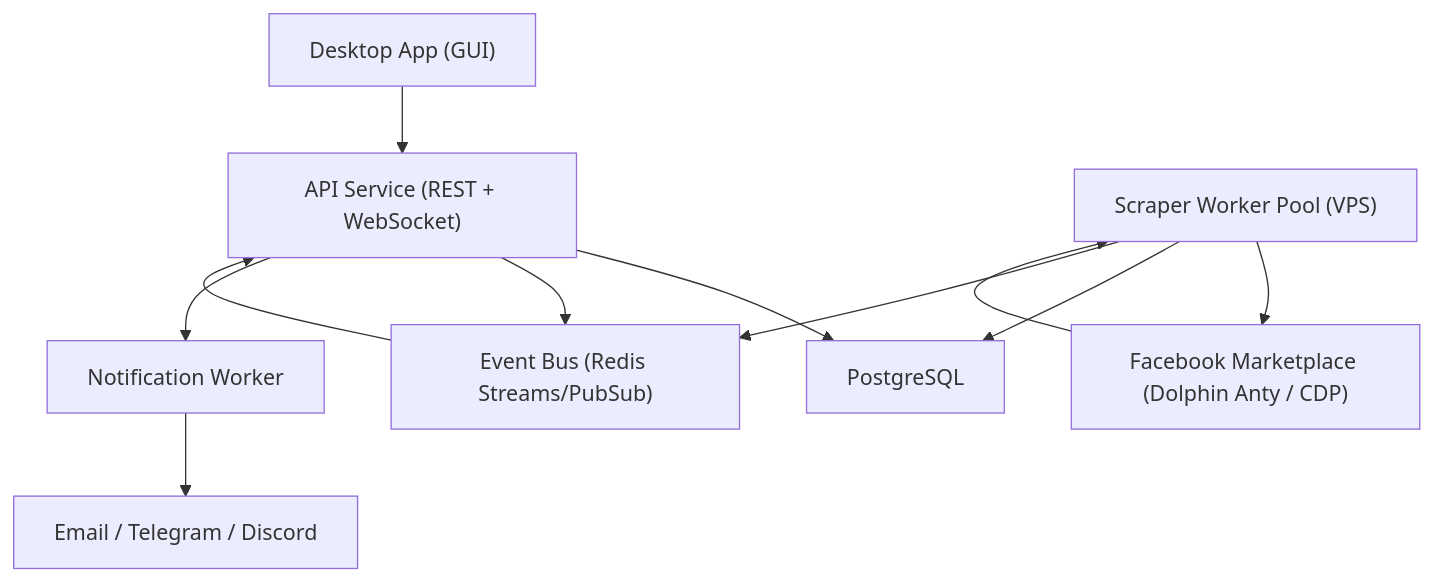
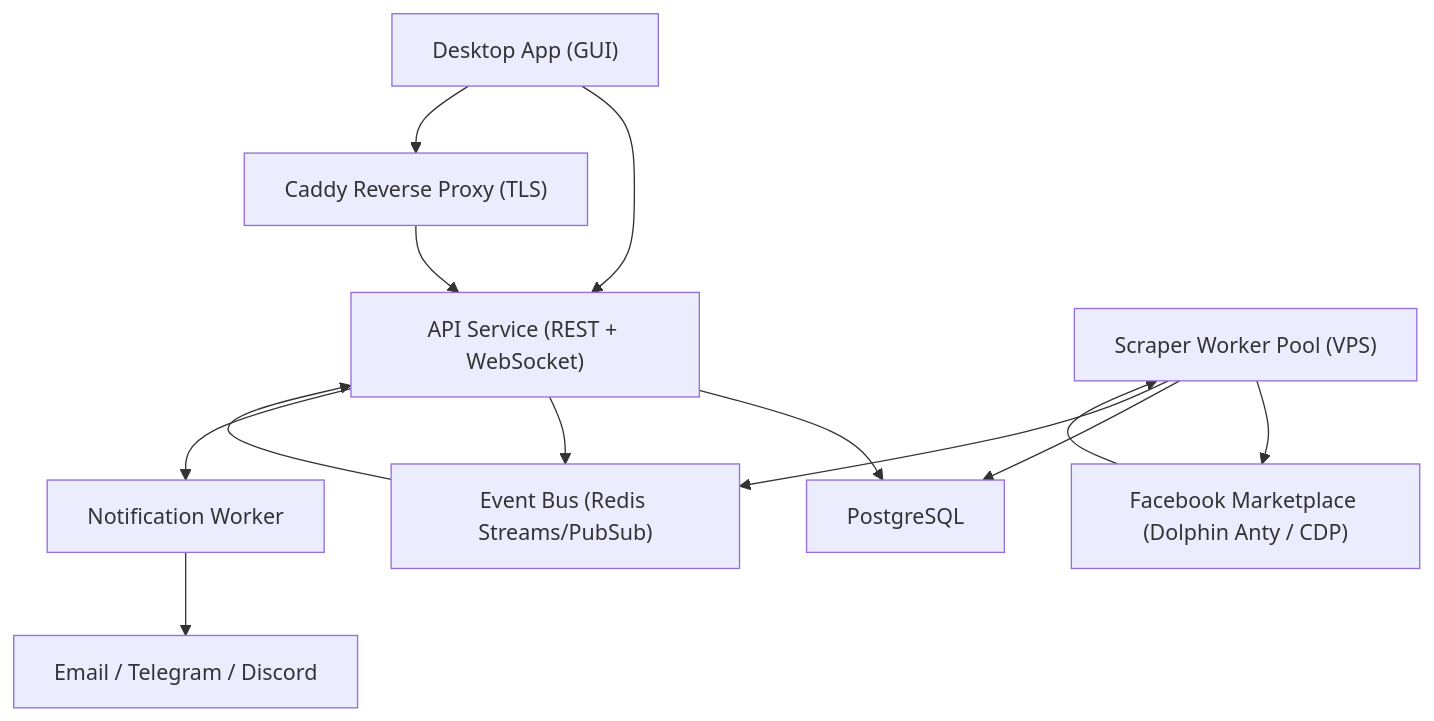
Before and after one commit to ishanvishwa/iphone_flipper: the second of 2 diagrams in iphone_flipper/architecture.md, drawn with Mermaid. The commit also changed other lines of this file and 9 other files, not shown here.

````diff
--- a/iphone_flipper/architecture.md
+++ b/iphone_flipper/architecture.md
@@ -69,13 +69,15 @@
 ```mermaid
 flowchart TD
     A["Desktop App (GUI)"] --> B["API Service (REST + WebSocket)"]
     B --> C["PostgreSQL"]
     B --> D["Event Bus (Redis Streams/PubSub)"]
     E["Scraper Worker Pool (VPS)"] --> F["Facebook Marketplace (Dolphin Anty / CDP)"]
     F --> E
     E --> C
     E --> D
     D --> B
     B --> G["Notification Worker"]
     G --> H["Email / Telegram / Discord"]
+    I["Caddy Reverse Proxy (TLS)"] --> B
+    A --> I
 ```
````
